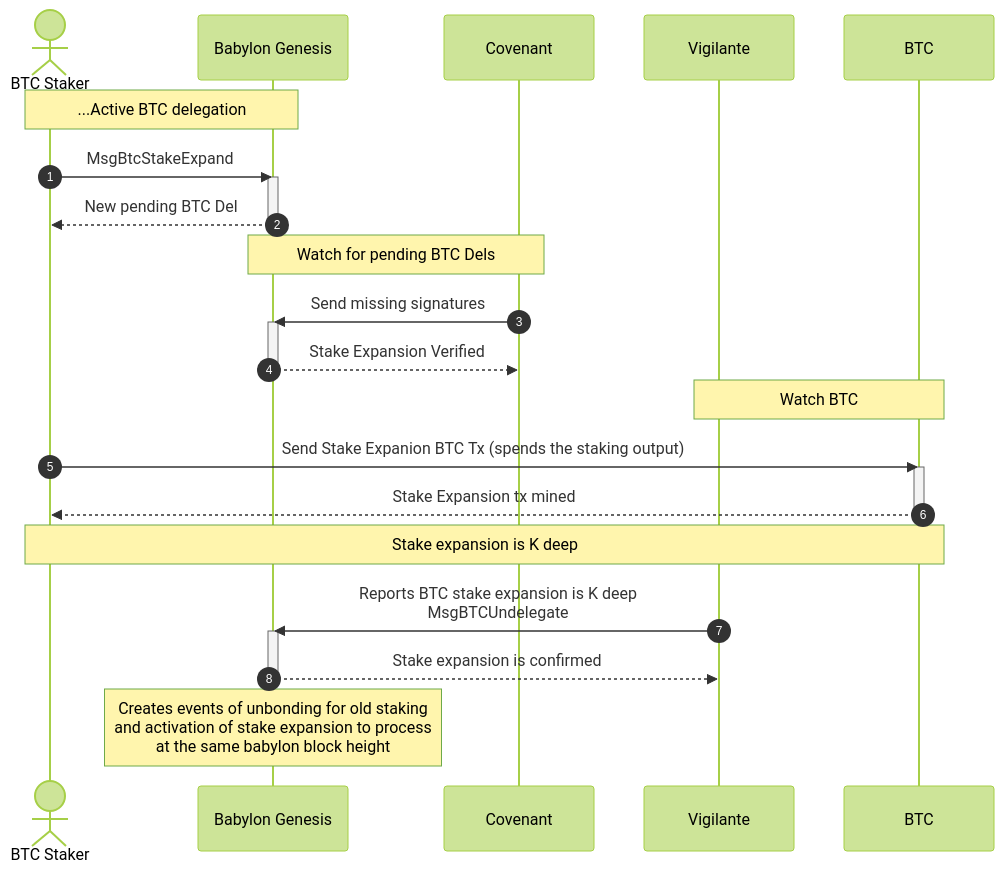
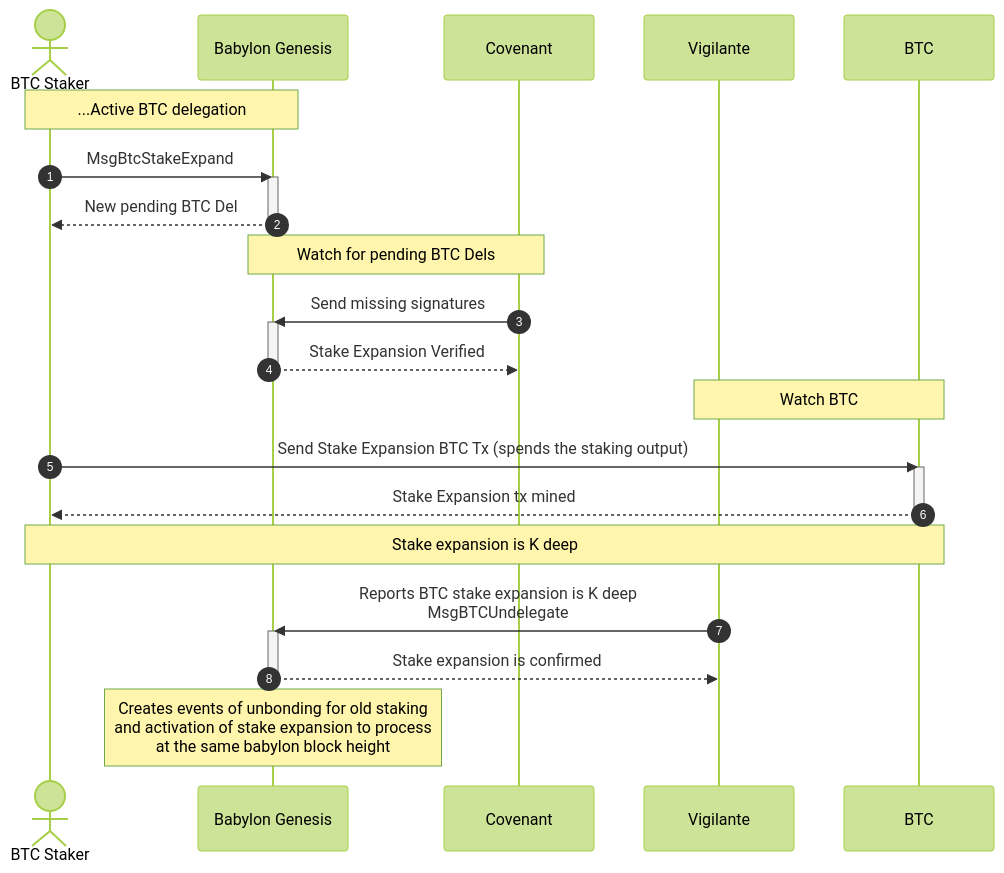
The first of 2 diagrams in docs/bitcoin-stake-expansion.md (babylonlabs-io/babylon), drawn with Mermaid (forest theme) before and after one commit. The commit also changed other lines of this file, not shown here.

Commit message:
Apply suggestions from code review

````diff
--- a/docs/bitcoin-stake-expansion.md
+++ b/docs/bitcoin-stake-expansion.md
@@ -103,38 +103,38 @@
 ```mermaid
 sequenceDiagram
 actor btcstaker as BTC Staker
 participant babylon as Babylon Genesis
 participant covd as Covenant
 participant vigilante as Vigilante
 participant btc as BTC
 
 autonumber
 
 Note over btcstaker,babylon: ...Active BTC delegation
 btcstaker->>babylon: MsgBtcStakeExpand
 activate babylon
 babylon-->>btcstaker: New pending BTC Del
 deactivate babylon
 
 Note over covd,babylon: Watch for pending BTC Dels
 
 covd->>babylon: Send missing signatures
 activate babylon
 babylon-->>covd: Stake Expansion Verified
 deactivate babylon
 
 Note over vigilante,btc: Watch BTC
 
-btcstaker->>btc: Send Stake Expanion BTC Tx (spends the staking output)
+btcstaker->>btc: Send Stake Expansion BTC Tx (spends the staking output)
 activate btc
 btc-->>btcstaker: Stake Expansion tx mined
 deactivate btc
 
 
 Note over btcstaker, btc: Stake expansion is K deep
 vigilante->>babylon: Reports BTC stake expansion is K deep<br>MsgBTCUndelegate
 activate babylon
 babylon-->>vigilante: Stake expansion is confirmed
 deactivate babylon
 Note over babylon: Creates events of unbonding for old staking<br>and activation of stake expansion to process<br>at the same babylon block height
 ```
````
